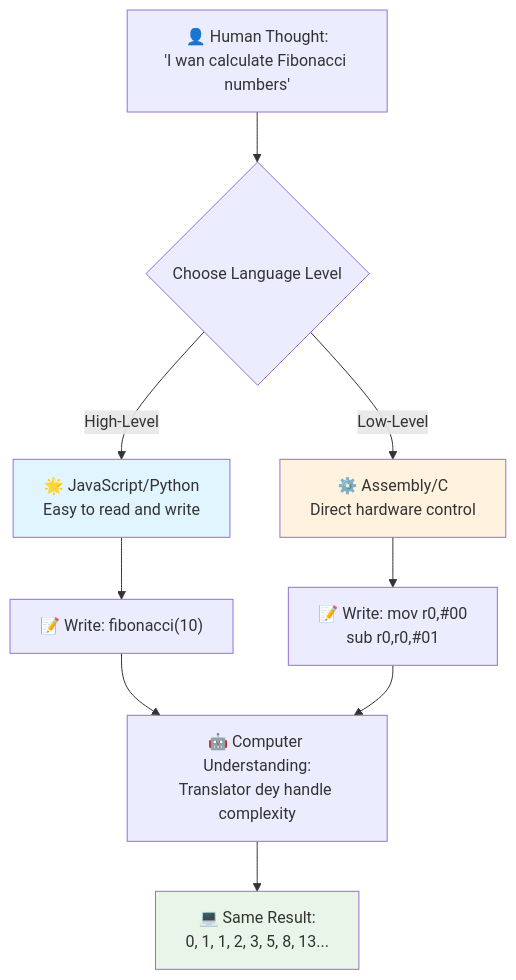
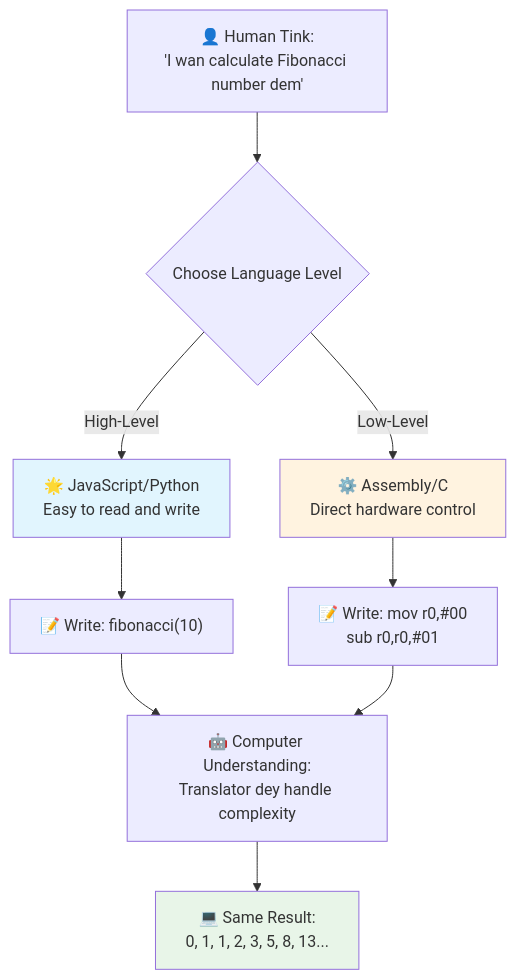
One commit to microsoft/Web-Dev-For-Beginners changed the third of 7 diagrams in translations/pcm/1-getting-started-lessons/1-intro-to-programming-languages/README.md. Above: the diagram before and after it, drawn with Mermaid. The commit also changed other lines of this file and 11 other files, not shown here.

````diff
--- a/translations/pcm/1-getting-started-lessons/1-intro-to-programming-languages/README.md
+++ b/translations/pcm/1-getting-started-lessons/1-intro-to-programming-languages/README.md
@@ -148,19 +148,19 @@
 ```mermaid
 flowchart TB
-    A["👤 Human Thought:<br/>'I wan calculate Fibonacci numbers'"] --> B{Choose Language Level}
+    A["👤 Human Tink:<br/>'I wan calculate Fibonacci number dem'"] --> B{Choose Language Level}
     
     B -->|High-Level| C["🌟 JavaScript/Python<br/>Easy to read and write"]
     B -->|Low-Level| D["⚙️ Assembly/C<br/>Direct hardware control"]
     
     C --> E["📝 Write: fibonacci(10)"]
     D --> F["📝 Write: mov r0,#00<br/>sub r0,r0,#01"]
     
     E --> G["🤖 Computer Understanding:<br/>Translator dey handle complexity"]
     F --> G
     
     G --> H["💻 Same Result:<br/>0, 1, 1, 2, 3, 5, 8, 13..."]
     
     style C fill:#e1f5fe
     style D fill:#fff3e0
     style H fill:#e8f5e8
 ```
````
